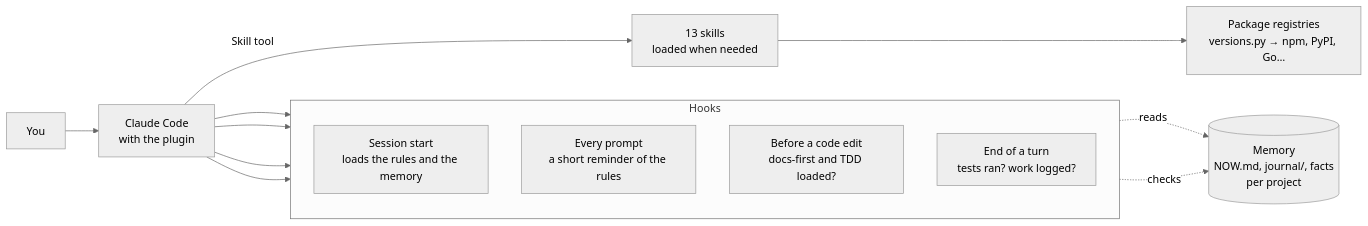
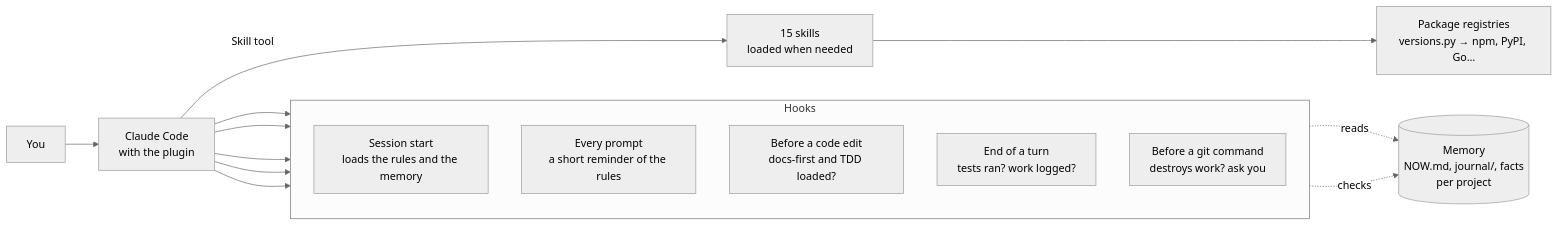
The first of 4 diagrams in README.md (wolfinApp/wolfin-senior), drawn with Mermaid (neutral theme) before and after one commit. The commit also changed other lines of this file and 42 other files, not shown here.

````diff
--- a/README.md
+++ b/README.md
@@ -133,25 +172,27 @@
 ```mermaid
 flowchart LR
     U["You"] --> CC["Claude Code<br/>with the plugin"]
 
     subgraph H["Hooks"]
         direction TB
         H1["Session start<br/>loads the rules and the memory"]
         H2["Every prompt<br/>a short reminder of the rules"]
         H3["Before a code edit<br/>docs-first and TDD loaded?"]
         H4["End of a turn<br/>tests ran? work logged?"]
+        H5["Before a git command<br/>destroys work? ask you"]
     end
 
     M[("Memory<br/>NOW.md, journal/, facts<br/>per project")]
-    S["13 skills<br/>loaded when needed"]
+    S["15 skills<br/>loaded when needed"]
     REG["Package registries<br/>versions.py → npm, PyPI, Go…"]
 
     CC --> H1
     CC --> H2
     CC --> H3
     CC --> H4
+    CC --> H5
     H1 -.->|"reads"| M
     H4 -.->|"checks"| M
     CC -->|"Skill tool"| S
     S --> REG
 ```
````
